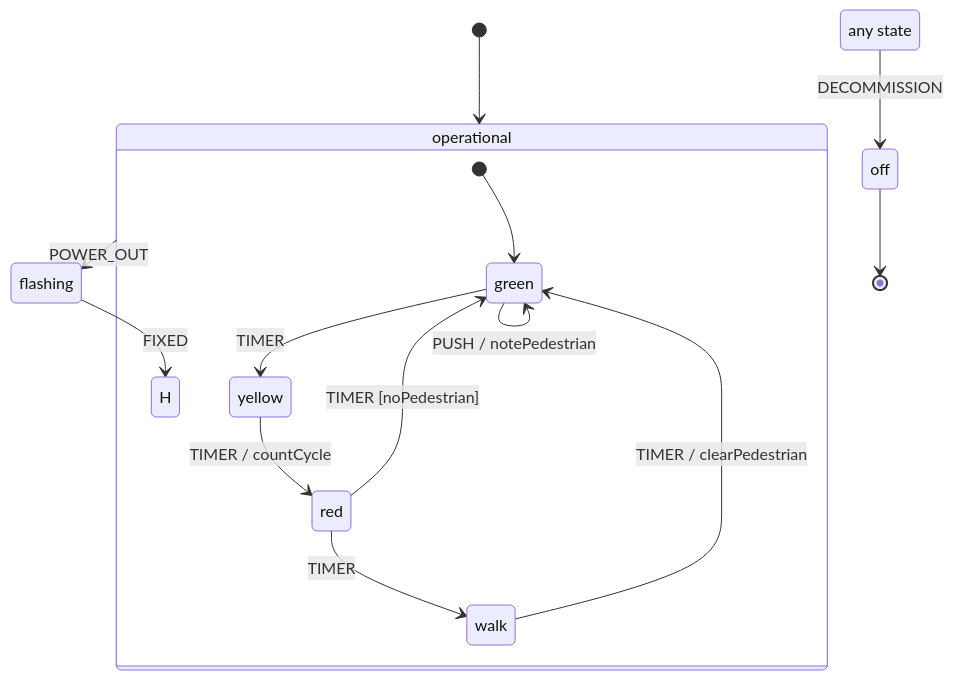
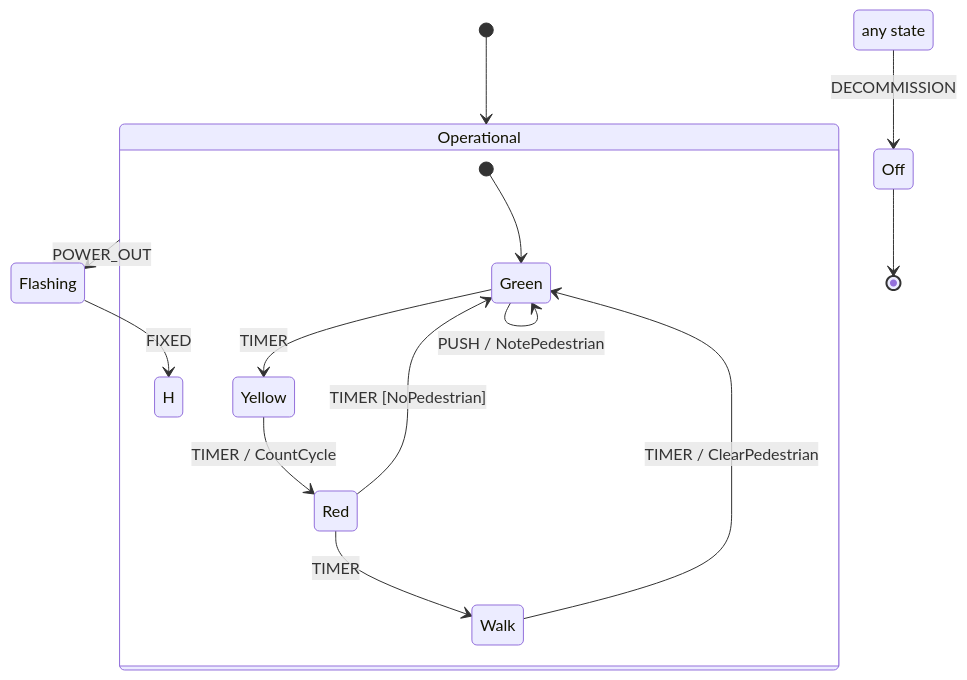
Before and after one commit to iand675/wireform-: the diagram in wireform-state-machine/README.md, drawn with Mermaid. The commit also changed other lines of this file and 36 other files, not shown here.

````diff
--- a/wireform-state-machine/README.md
+++ b/wireform-state-machine/README.md
@@ -77,19 +125,19 @@
 ```mermaid
 stateDiagram-v2
-  [*] --> operational
-  state operational {
-    [*] --> green
-    state "H" as opHist
-    green --> yellow : TIMER
-    green --> green : PUSH / notePedestrian
-    yellow --> red : TIMER / countCycle
-    red --> green : TIMER [noPedestrian]
-    red --> walk : TIMER
-    walk --> green : TIMER / clearPedestrian
+  [*] --> Operational
+  state Operational {
+    [*] --> Green
+    state "H" as OpHist
+    Green --> Yellow : TIMER
+    Green --> Green : PUSH / NotePedestrian
+    Yellow --> Red : TIMER / CountCycle
+    Red --> Green : TIMER [NoPedestrian]
+    Red --> Walk : TIMER
+    Walk --> Green : TIMER / ClearPedestrian
   }
-  operational --> flashing : POWER_OUT
-  flashing --> opHist : FIXED
-  off --> [*]
+  Operational --> Flashing : POWER_OUT
+  Flashing --> OpHist : FIXED
+  Off --> [*]
   state "any state" as __any
-  __any --> off : DECOMMISSION
+  __any --> Off : DECOMMISSION
 ```
````
